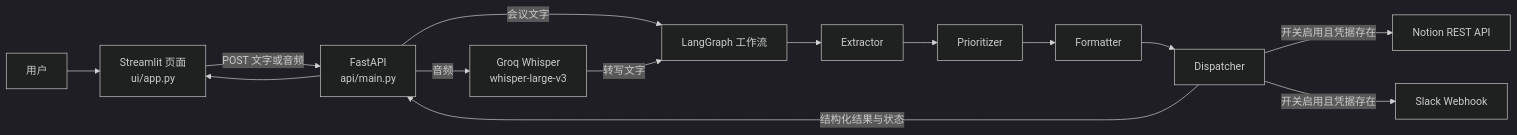
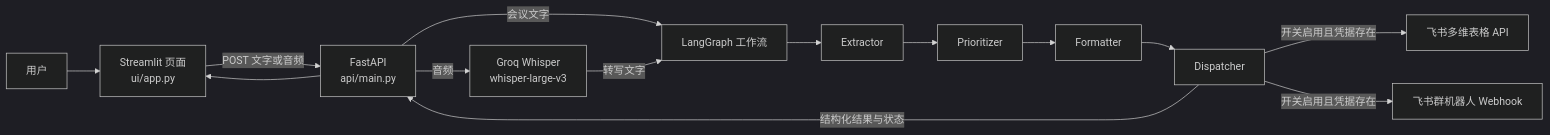
One commit to Liuzilu0913/ActionScribe changed the diagram in REPRODUCTION.md. Above: the diagram before and after it, drawn with Mermaid (dark theme). The commit also changed other lines of this file and 16 other files, not shown here.

Commit message:
feat: replace Notion and Slack with Feishu integrations

````diff
--- a/REPRODUCTION.md
+++ b/REPRODUCTION.md
@@ -24,16 +24,16 @@
 ```mermaid
 flowchart LR
     U[用户] --> UI[Streamlit 页面<br/>ui/app.py]
     UI -->|POST 文字或音频| API[FastAPI<br/>api/main.py]
     API -->|音频| W[Groq Whisper<br/>whisper-large-v3]
     API -->|会议文字| G[LangGraph 工作流]
     W -->|转写文字| G
     G --> E[Extractor]
     E --> P[Prioritizer]
     P --> F[Formatter]
     F --> D[Dispatcher]
-    D -->|开关启用且凭据存在| N[Notion REST API]
-    D -->|开关启用且凭据存在| S[Slack Webhook]
+    D -->|开关启用且凭据存在| N[飞书多维表格 API]
+    D -->|开关启用且凭据存在| S[飞书群机器人 Webhook]
     D -->|结构化结果与状态| API
     API --> UI
 ```
````
